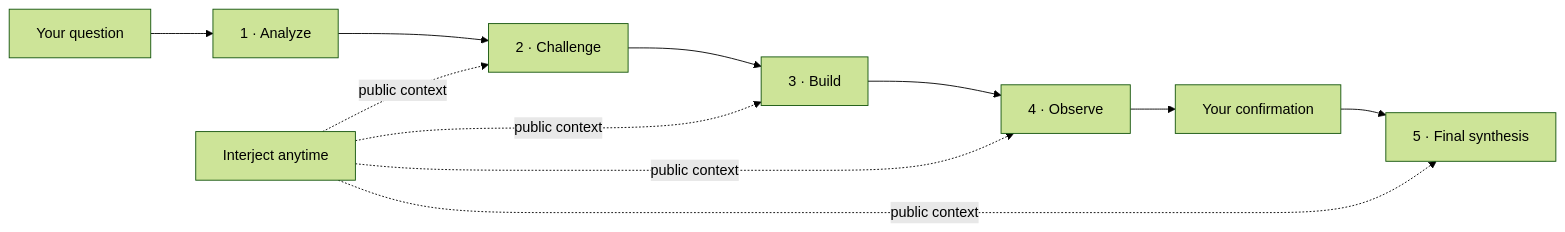
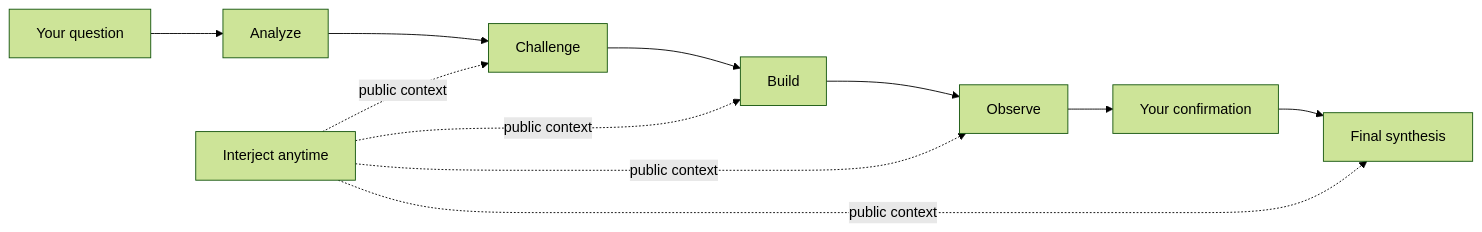
One commit to loveramarois-byte/council-lab changed the diagram in README.en.md. Above: the diagram before and after it, drawn with Mermaid (forest theme). The commit also changed other lines of this file and 7 other files, not shown here.

````diff
--- a/README.en.md
+++ b/README.en.md
@@ -46,13 +51,13 @@
 ```mermaid
 flowchart LR
-    Q["Your question"] --> A["1 · Analyze"]
-    A --> C["2 · Challenge"]
-    C --> B["3 · Build"]
-    B --> O["4 · Observe"]
+    Q["Your question"] --> A["Analyze"]
+    A --> C["Challenge"]
+    C --> B["Build"]
+    B --> O["Observe"]
     O --> H["Your confirmation"]
-    H --> F["5 · Final synthesis"]
+    H --> F["Final synthesis"]
     U["Interject anytime"] -.public context.-> C
     U -.public context.-> B
     U -.public context.-> O
     U -.public context.-> F
 ```
````
